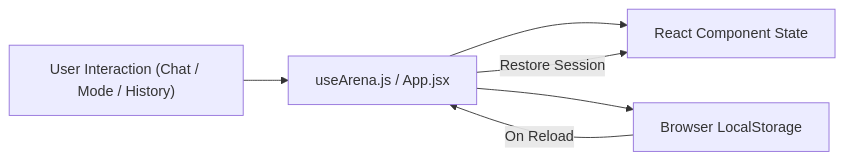
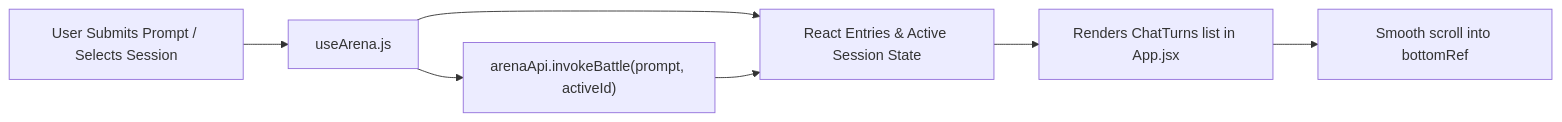
Before and after one commit to DibyanshuChauhan/Job-Ready-AI-Cohort-Daily-Progress: the third of 3 diagrams in Projects/4. AI Battle Arena/Frontend/README.md, drawn with Mermaid. The commit also changed other lines of this file and 2 other files, not shown here.

Commit message:
docs: add project-wide and module-specific documentation for AI Battle Arena backend and frontend architectures

````diff
--- a/Projects/4. AI Battle Arena/Frontend/README.md
+++ b/Projects/4. AI Battle Arena/Frontend/README.md
@@ -146,8 +170,9 @@
 ```mermaid
 graph LR
-    UserAction["User Interaction (Chat / Mode / History)"] --> Hook["useArena.js / App.jsx"]
-    Hook --> State["React Component State"]
-    Hook --> LocalStorage["Browser LocalStorage"]
-    LocalStorage -->|On Reload| Hook
-    Hook -->|Restore Session| State
+    UserAction["User Submits Prompt / Selects Session"] --> Hook["useArena.js"]
+    Hook --> State["React Entries & Active Session State"]
+    Hook --> API["arenaApi.invokeBattle(prompt, activeId)"]
+    API --> State
+    State --> MainView["Renders ChatTurns list in App.jsx"]
+    MainView --> AutoScroll["Smooth scroll into bottomRef"]
 ```
````
